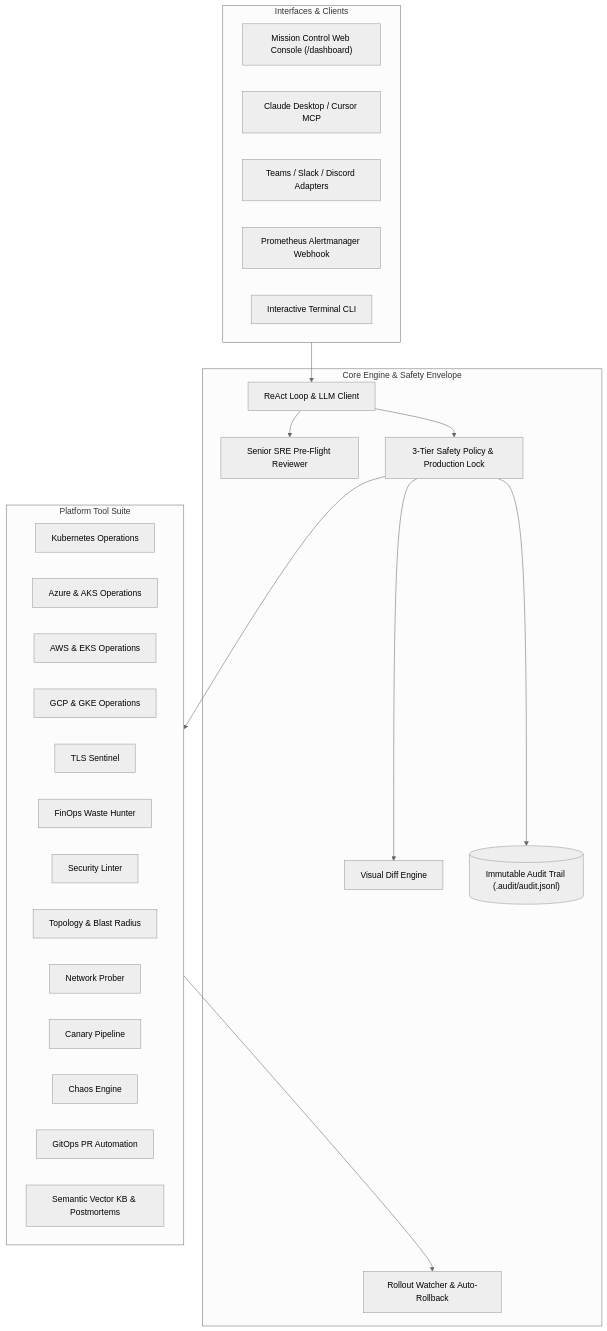
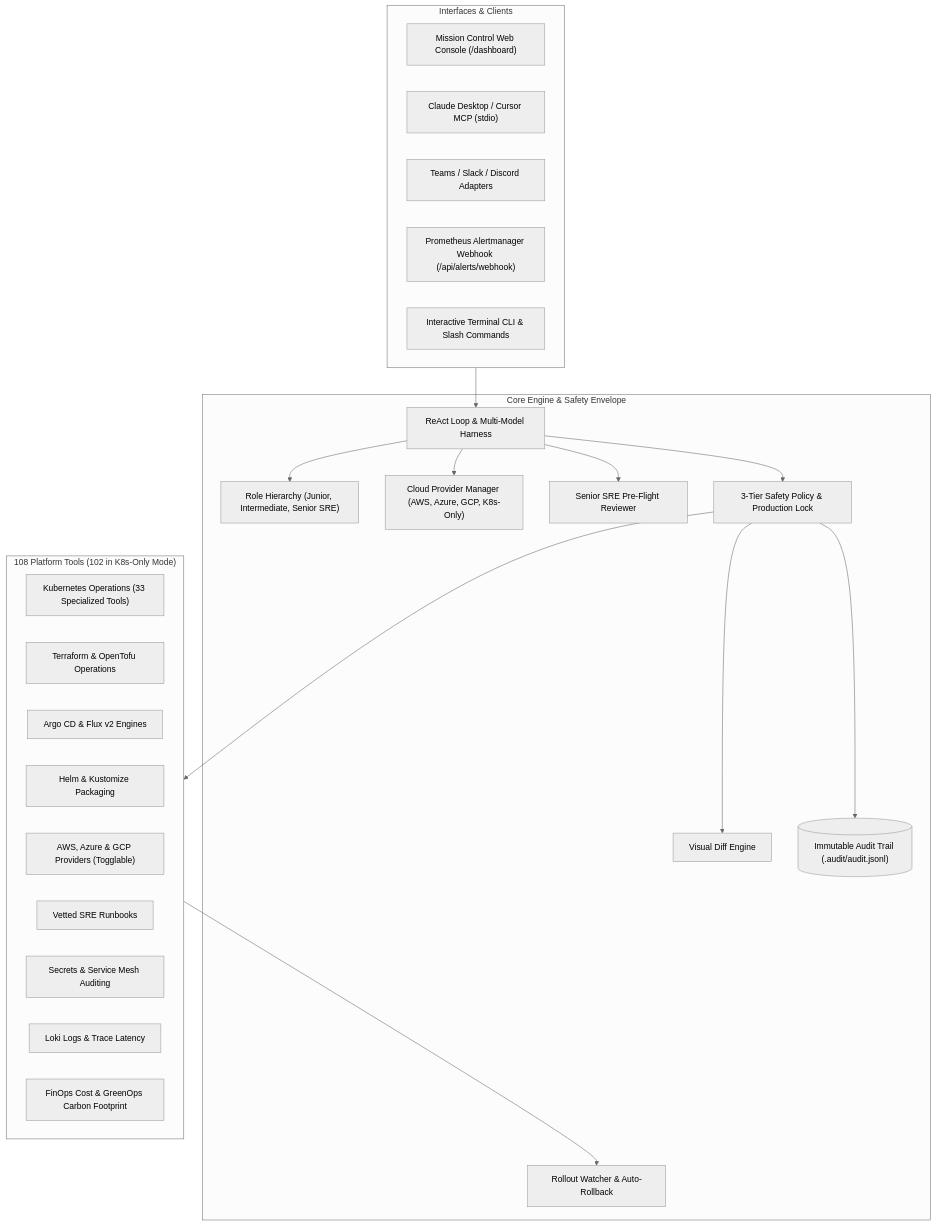
One commit to williamsjoshua005/devops-agent changed the diagram in docs/specs/README.md. Above: the diagram before and after it, drawn with Mermaid (neutral theme). The commit also changed other lines of this file and 5 other files, not shown here.

Commit message:
docs: comprehensive update of README and feature specifications for 108 tools, cloud toggles, and kubeconfig grounding

````diff
--- a/docs/specs/README.md
+++ b/docs/specs/README.md
@@ -75,43 +95,43 @@
 ```mermaid
 graph TD
     subgraph Interfaces_Clients ["Interfaces & Clients"]
         Web["Mission Control Web Console (/dashboard)"]
-        MCPClient["Claude Desktop / Cursor MCP"]
+        MCPClient["Claude Desktop / Cursor MCP (stdio)"]
         ChatOps["Teams / Slack / Discord Adapters"]
-        Alerts["Prometheus Alertmanager Webhook"]
-        CLI["Interactive Terminal CLI"]
+        Alerts["Prometheus Alertmanager Webhook (/api/alerts/webhook)"]
+        CLI["Interactive Terminal CLI & Slash Commands"]
     end
 
     subgraph Core_Engine ["Core Engine & Safety Envelope"]
-        Harness["ReAct Loop & LLM Client"]
+        Harness["ReAct Loop & Multi-Model Harness"]
+        RoleMgr["Role Hierarchy (Junior, Intermediate, Senior SRE)"]
+        CloudToggle["Cloud Provider Manager (AWS, Azure, GCP, K8s-Only)"]
         SRE["Senior SRE Pre-Flight Reviewer"]
         Guardrails["3-Tier Safety Policy & Production Lock"]
         Diff["Visual Diff Engine"]
         Watcher["Rollout Watcher & Auto-Rollback"]
         Audit[("Immutable Audit Trail (.audit/audit.jsonl)")]
     end
 
-    subgraph Platform_Tools ["Platform Tool Suite"]
-        K8s["Kubernetes Operations"]
-        Azure["Azure & AKS Operations"]
-        AWS["AWS & EKS Operations"]
-        GCP["GCP & GKE Operations"]
-        Certs["TLS Sentinel"]
-        FinOps["FinOps Waste Hunter"]
-        Sec["Security Linter"]
-        Topo["Topology & Blast Radius"]
-        Net["Network Prober"]
-        Canary["Canary Pipeline"]
-        Chaos["Chaos Engine"]
-        GitOps["GitOps PR Automation"]
-        KB["Semantic Vector KB & Postmortems"]
+    subgraph Platform_Tools ["108 Platform Tools (102 in K8s-Only Mode)"]
+        K8s["Kubernetes Operations (33 Specialized Tools)"]
+        IaC["Terraform & OpenTofu Operations"]
+        GitOps["Argo CD & Flux v2 Engines"]
+        Helm["Helm & Kustomize Packaging"]
+        Clouds["AWS, Azure & GCP Providers (Togglable)"]
+        Runbooks["Vetted SRE Runbooks"]
+        SecMesh["Secrets & Service Mesh Auditing"]
+        Obs["Loki Logs & Trace Latency"]
+        FinOps["FinOps Cost & GreenOps Carbon Footprint"]
     end
 
     Interfaces_Clients --> Harness
+    Harness --> RoleMgr
+    Harness --> CloudToggle
     Harness --> SRE
     Harness --> Guardrails
     Guardrails --> Diff
     Guardrails --> Audit
     Guardrails --> Platform_Tools
     Platform_Tools --> Watcher
 ```
````
